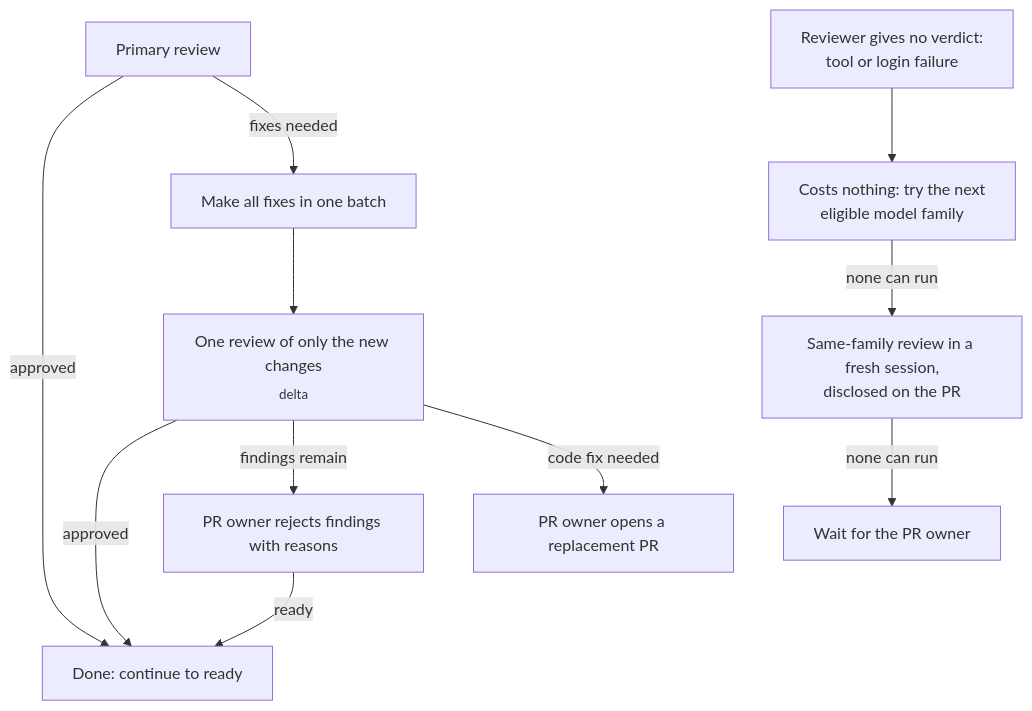
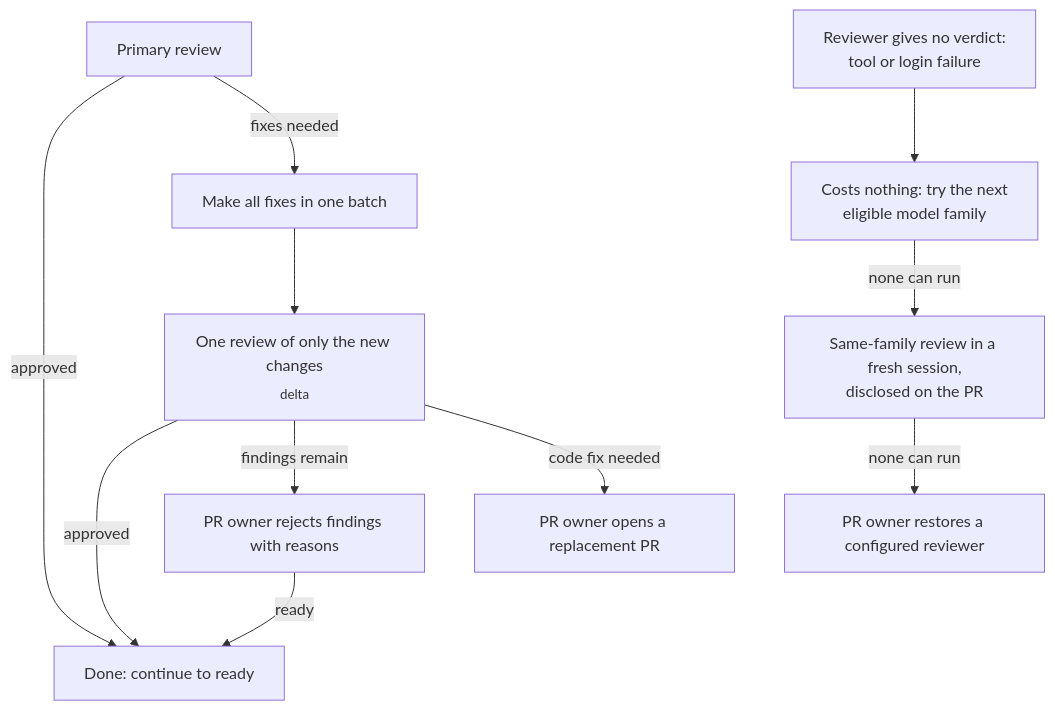
One commit to feder-positronics/loop-zero changed the second of 3 diagrams in docs/WORKFLOW.md. Above: the diagram before and after it, drawn with Mermaid. The commit also changed 15 other files, not shown here.

````diff
--- a/docs/WORKFLOW.md
+++ b/docs/WORKFLOW.md
@@ -38,13 +38,13 @@
 ```mermaid
 flowchart TD
     A["Primary review"] -->|approved| Z["Done: continue to ready"]
     A -->|fixes needed| B["Make all fixes in one batch"]
     B --> C["One review of only the new changes<br/><sub>delta</sub>"]
     C -->|approved| Z
     C -->|findings remain| D["PR owner rejects findings with reasons"]
     D -->|ready| Z
     C -->|code fix needed| E["PR owner opens a replacement PR"]
     G["Reviewer gives no verdict:<br/>tool or login failure"] --> H["Costs nothing: try the next<br/>eligible model family"]
     H -->|none can run| J["Same-family review in a fresh session,<br/>disclosed on the PR"]
-    J -->|none can run| I["Wait for the PR owner"]
+    J -->|none can run| I["PR owner restores a configured reviewer"]
 ```
````
